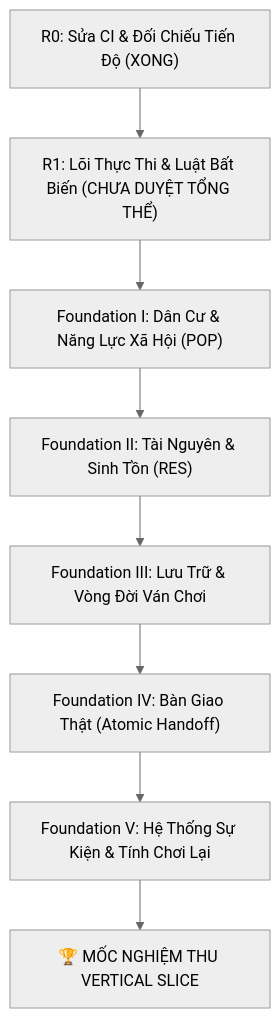
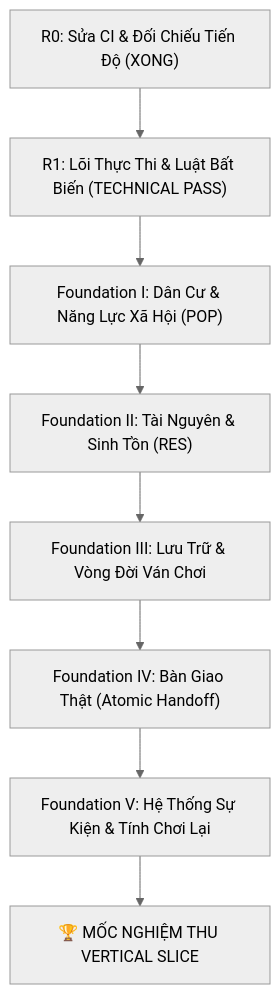
The diagram in docs/MASTER_ROADMAP.md (tanntran2000/Build-Settlement), drawn with Mermaid (neutral theme) before and after one commit. The commit also changed other lines of this file and 1 other file, not shown here.

Commit message:
docs(r1): record scoped technical acceptance and provenance limits

````diff
--- a/docs/MASTER_ROADMAP.md
+++ b/docs/MASTER_ROADMAP.md
@@ -18,10 +18,10 @@
 ```mermaid
 flowchart TD
-    R0["R0: Sửa CI & Đối Chiếu Tiến Độ (XONG)"] --> R1["R1: Lõi Thực Thi & Luật Bất Biến (CHƯA DUYỆT TỔNG THỂ)"]
+    R0["R0: Sửa CI & Đối Chiếu Tiến Độ (XONG)"] --> R1["R1: Lõi Thực Thi & Luật Bất Biến (TECHNICAL PASS)"]
     R1 --> F1["Foundation I: Dân Cư & Năng Lực Xã Hội (POP)"]
     F1 --> F2["Foundation II: Tài Nguyên & Sinh Tồn (RES)"]
     F2 --> F3["Foundation III: Lưu Trữ & Vòng Đời Ván Chơi"]
     F3 --> F4["Foundation IV: Bàn Giao Thật (Atomic Handoff)"]
     F4 --> F5["Foundation V: Hệ Thống Sự Kiện & Tính Chơi Lại"]
     F5 --> MILESTONE["🏆 MỐC NGHIỆM THU VERTICAL SLICE"]
 ```
````
